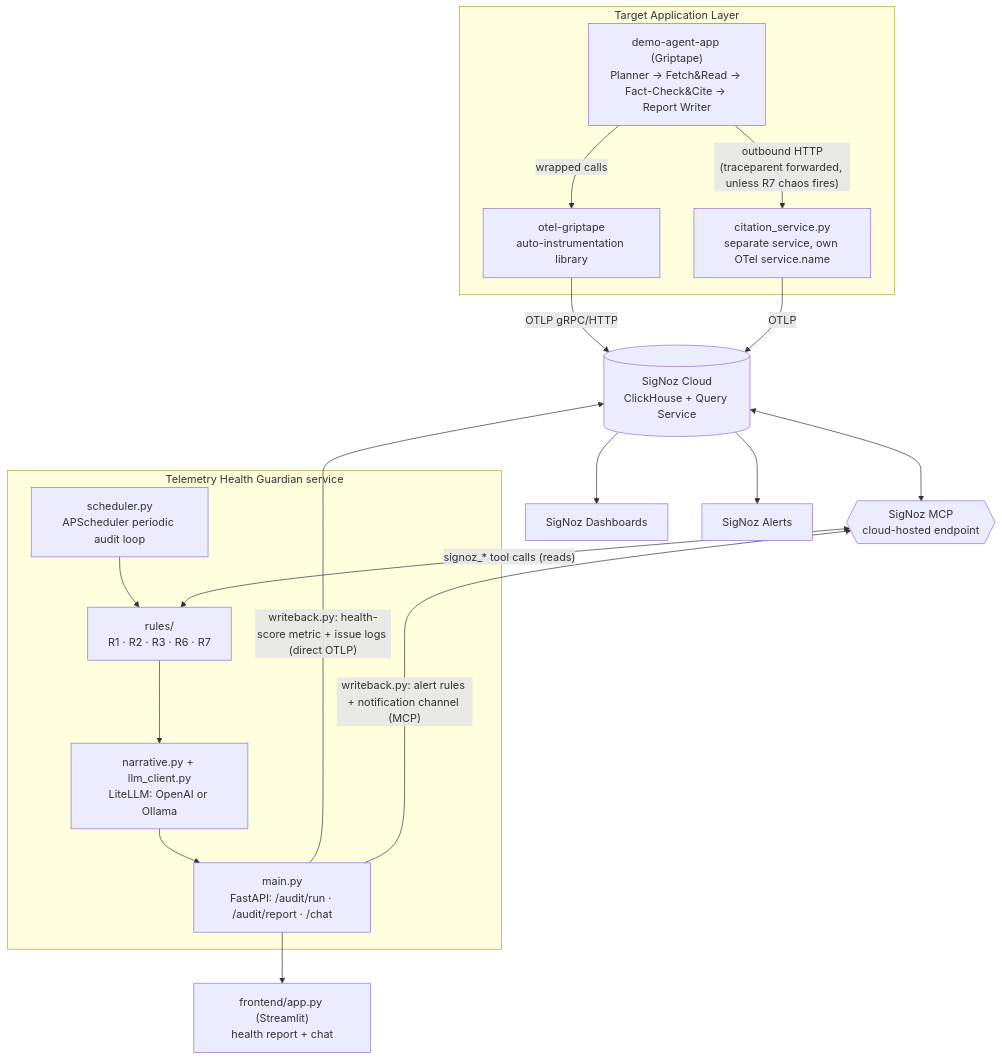
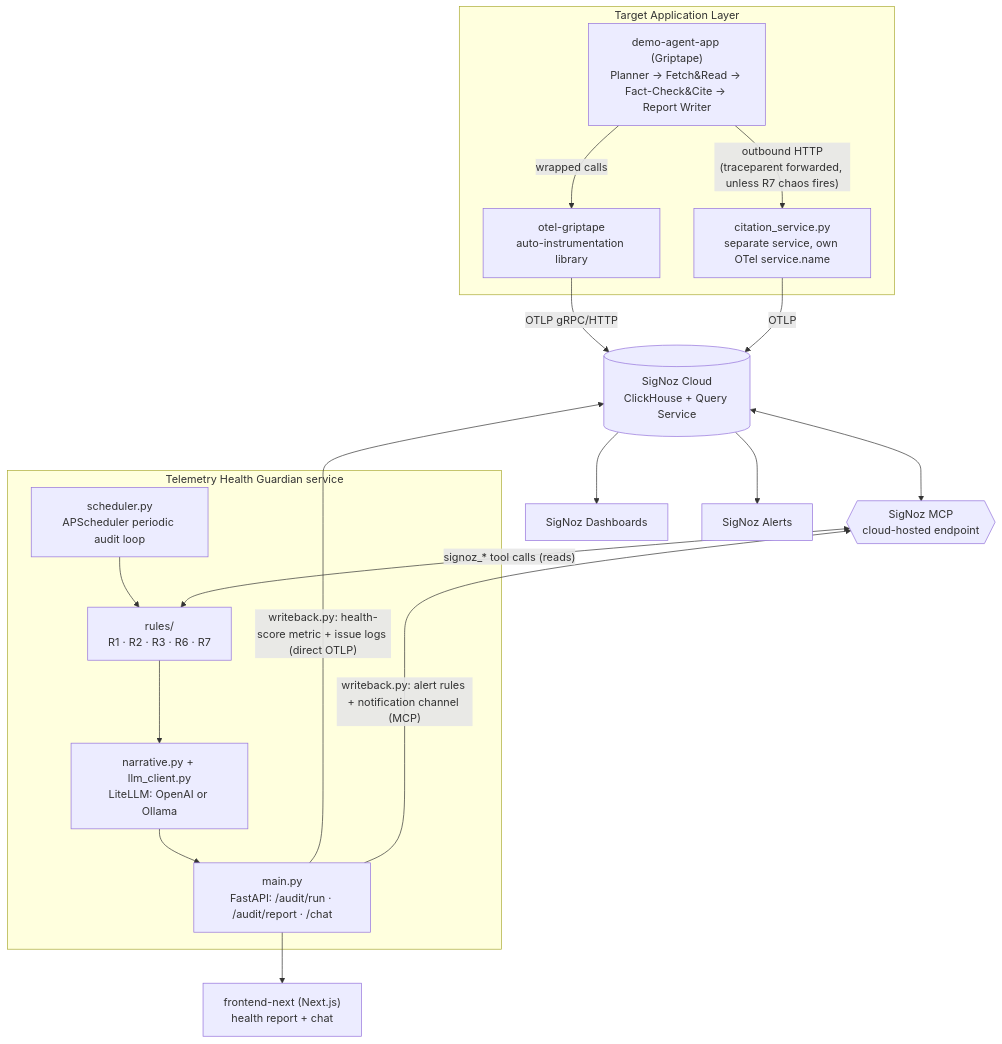
One commit to ayushraj09/telemetry-health-guardian changed the diagram in README.md. Above: the diagram before and after it, drawn with Mermaid. The commit also changed other lines of this file, not shown here.

````diff
--- a/README.md
+++ b/README.md
@@ -69,34 +69,34 @@
 ```mermaid
 flowchart TB
     subgraph TargetApp["Target Application Layer"]
         A["demo-agent-app (Griptape)<br/>Planner → Fetch&Read → Fact-Check&Cite → Report Writer"]
         A -->|wrapped calls| LIB["otel-griptape<br/>auto-instrumentation library"]
         A -->|"outbound HTTP<br/>(traceparent forwarded, unless R7 chaos fires)"| CITE["citation_service.py<br/>separate service, own OTel service.name"]
     end
 
     LIB -->|OTLP gRPC/HTTP| SIGNOZ[(SigNoz Cloud<br/>ClickHouse + Query Service)]
     CITE -->|OTLP| SIGNOZ
 
     subgraph Guardian["Telemetry Health Guardian service"]
         SCHED["scheduler.py<br/>APScheduler periodic audit loop"]
         RULES["rules/<br/>R1 · R2 · R3 · R6 · R7"]
         LLMLAYER["narrative.py + llm_client.py<br/>LiteLLM: OpenAI or Ollama"]
         API["main.py<br/>FastAPI: /audit/run · /audit/report · /chat"]
         SCHED --> RULES
         RULES --> LLMLAYER
         LLMLAYER --> API
     end
 
     MCP{{"SigNoz MCP<br/>cloud-hosted endpoint"}}
     SIGNOZ <--> MCP
     MCP <-->|"signoz_* tool calls (reads)"| RULES
 
     API -->|"writeback.py: health-score metric + issue logs (direct OTLP)"| SIGNOZ
     API -->|"writeback.py: alert rules + notification channel (MCP)"| MCP
 
-    UI["frontend/app.py (Streamlit)<br/>health report + chat"]
+    UI["frontend-next (Next.js)<br/>health report + chat"]
     API --> UI
 
     SIGNOZ --> DASH[SigNoz Dashboards]
     SIGNOZ --> ALERTS[SigNoz Alerts]
 ```
````
